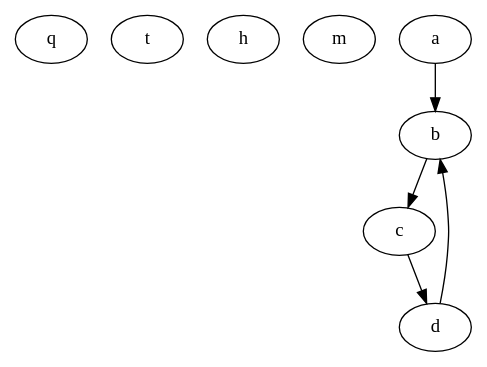
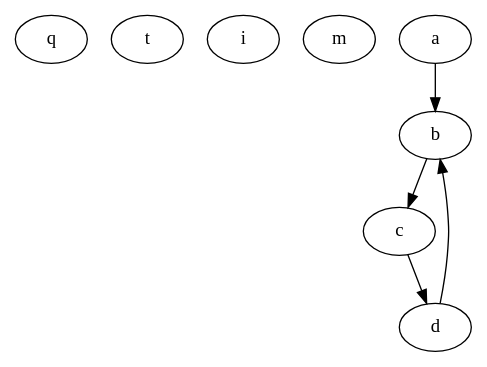
Before and after one commit to divyavijayakumar72/Data-Structure-BFS-DFS-GraphManipulations: the diagram in output.dot, drawn with Graphviz. The commit also changed 20 other files, not shown here.

```diff
--- a/output.dot
+++ b/output.dot
@@ -1,10 +1,10 @@
 digraph {
 "q"
 "t"
-"h"
+"i"
 "m"
 "a" -> "b"
 "b" -> "c"
 "c" -> "d"
 "d" -> "b"
 }
```
